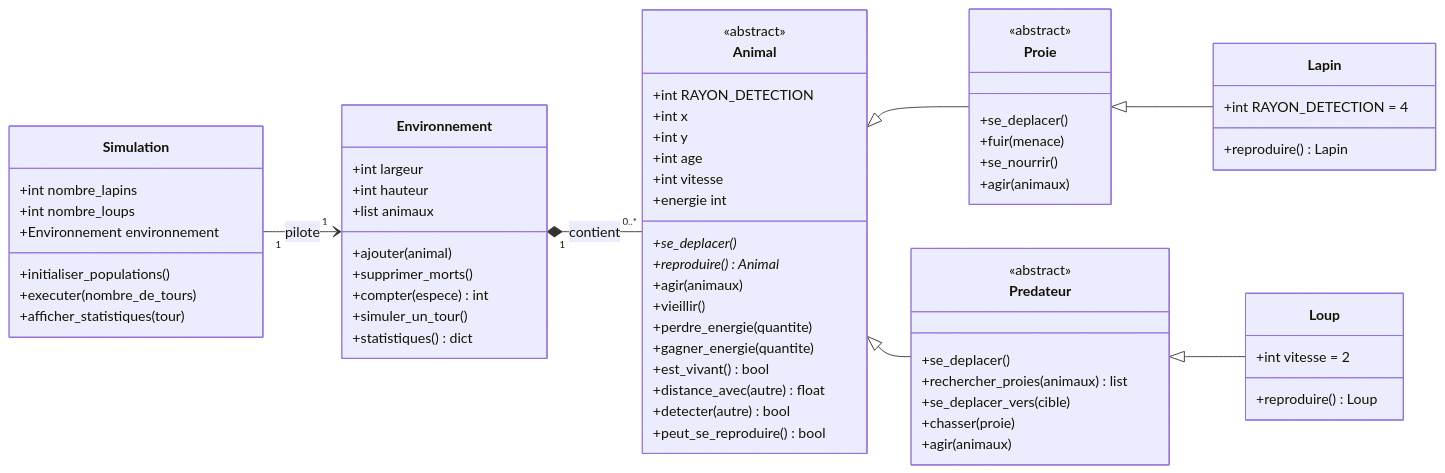
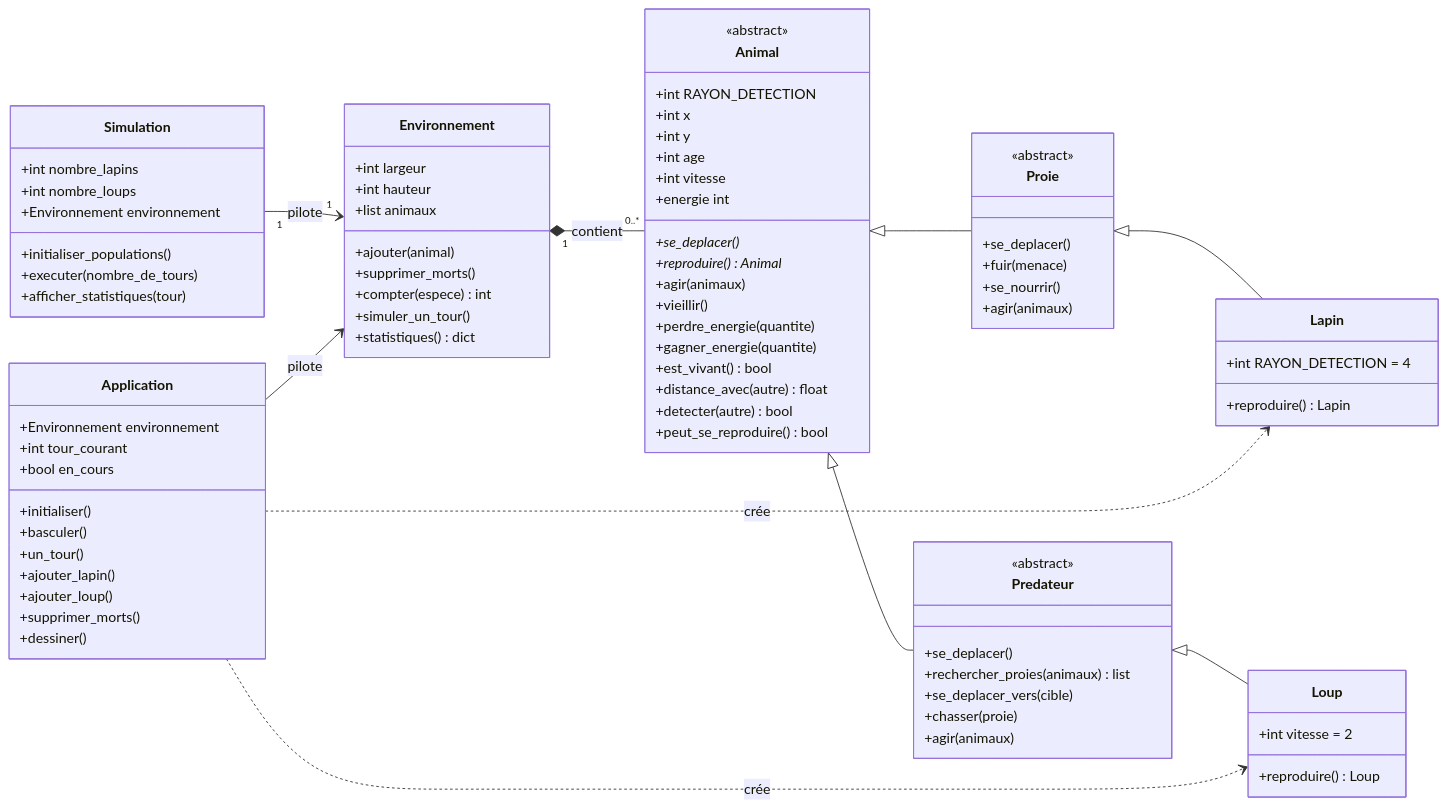
The third of 3 diagrams in traduction-rapport.md (hmty-CHEN/POO-TP1), drawn with Mermaid before and after one commit. The commit also changed other lines of this file and 4 other files, not shown here.

Commit message:
Visualisation tkinter et mise a jour du rapport et de l UML

````diff
--- a/traduction-rapport.md
+++ b/traduction-rapport.md
@@ -236,10 +236,26 @@
         +afficher_statistiques(tour)
     }
 
+    class Application {
+        +Environnement environnement
+        +int tour_courant
+        +bool en_cours
+        +initialiser()
+        +basculer()
+        +un_tour()
+        +ajouter_lapin()
+        +ajouter_loup()
+        +supprimer_morts()
+        +dessiner()
+    }
+
     Animal <|-- Proie
     Animal <|-- Predateur
     Proie <|-- Lapin
     Predateur <|-- Loup
     Environnement "1" *-- "0..*" Animal : contient
     Simulation "1" --> "1" Environnement : pilote
+    Application --> Environnement : pilote
+    Application ..> Lapin : crée
+    Application ..> Loup : crée
 ```
````
